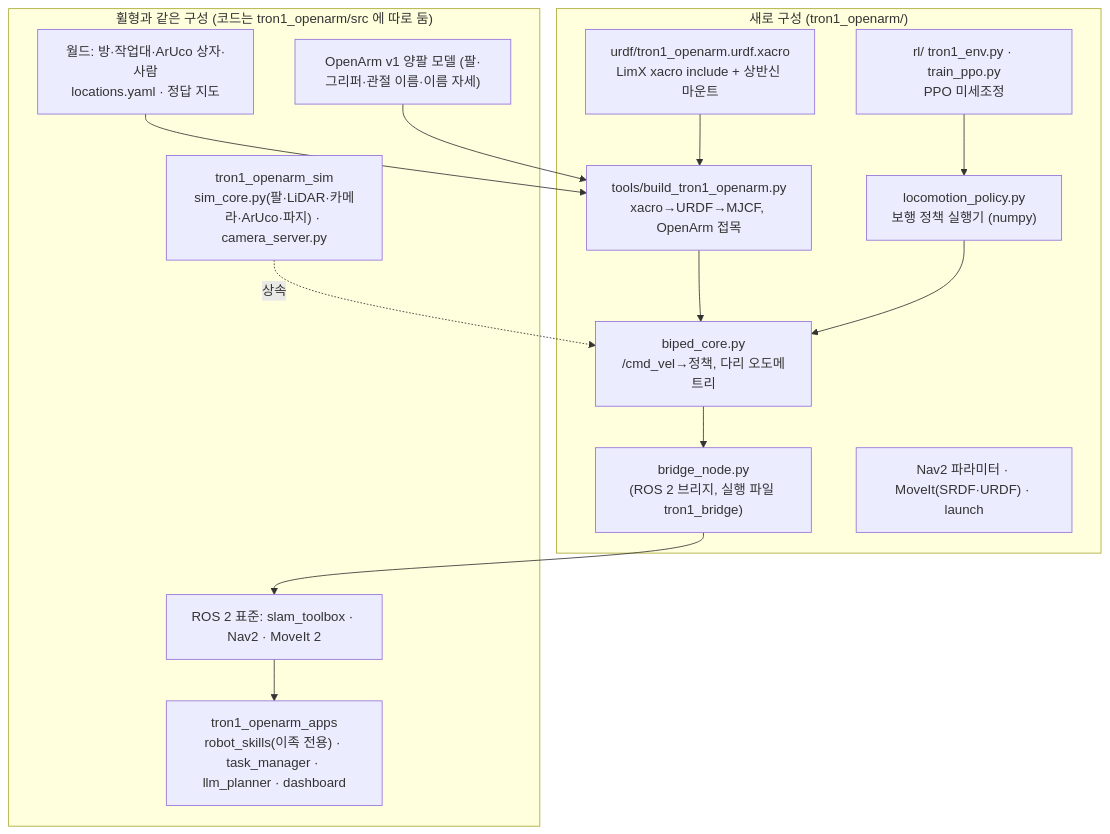
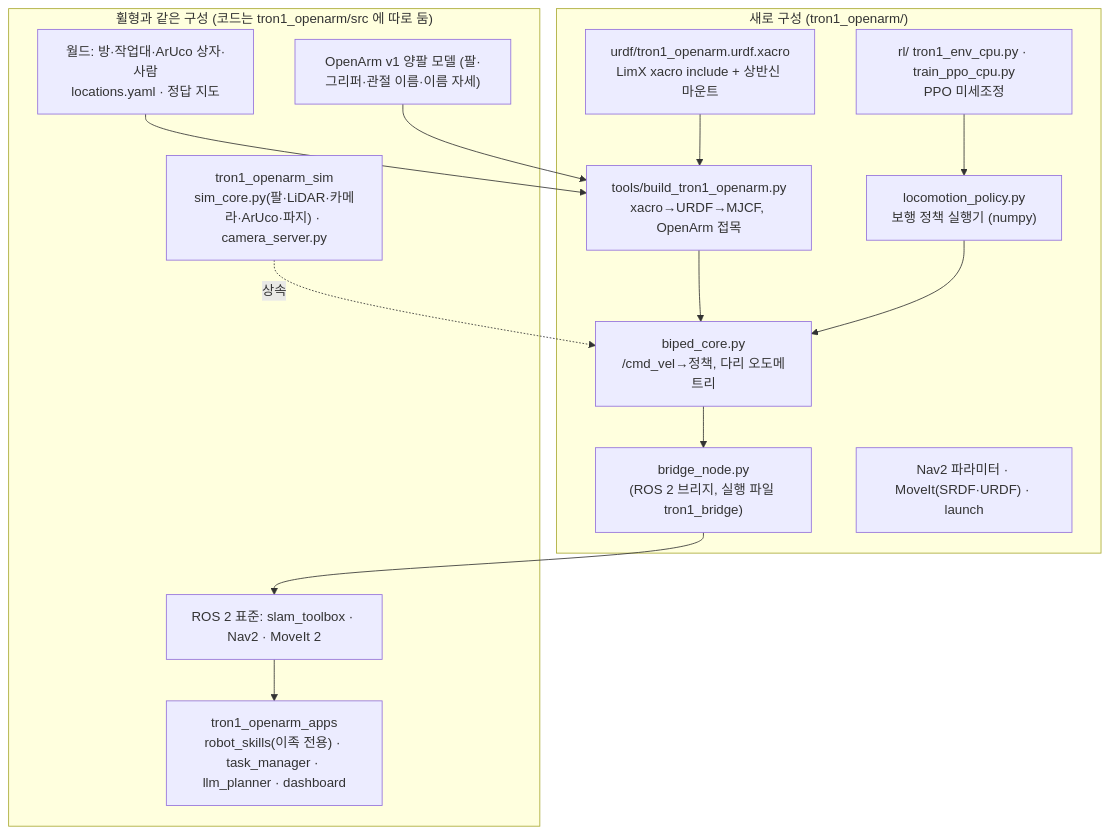
Before and after one commit to aha645/openarms_llm_ex: the diagram in doc/tron1/design.md, drawn with Mermaid. The commit also changed other lines of this file and 62 other files, not shown here.

First line of the commit message:
설치 문서 정리, 로봇별 env.sh, TRON1 PPO 학습을 CPU·GPU 같은 보상(v3)으로 통일

````diff
--- a/doc/tron1/design.md
+++ b/doc/tron1/design.md
@@ -28,26 +28,26 @@
 ```mermaid
 flowchart TB
   subgraph SAME["휠형과 같은 구성 (코드는 tron1_openarm/src 에 따로 둠)"]
     APPS["tron1_openarm_apps<br/>robot_skills(이족 전용) · task_manager · llm_planner · dashboard"]
     WBR["tron1_openarm_sim<br/>sim_core.py(팔·LiDAR·카메라·ArUco·파지) · camera_server.py"]
     WORLD["월드: 방·작업대·ArUco 상자·사람<br/>locations.yaml · 정답 지도"]
     ROS["ROS 2 표준: slam_toolbox · Nav2 · MoveIt 2"]
     OA["OpenArm v1 양팔 모델 (팔·그리퍼·관절 이름·이름 자세)"]
   end
   subgraph NEW["새로 구성 (tron1_openarm/)"]
     X["urdf/tron1_openarm.urdf.xacro<br/>LimX xacro include + 상반신 마운트"]
     B["tools/build_tron1_openarm.py<br/>xacro→URDF→MJCF, OpenArm 접목"]
     P["locomotion_policy.py<br/>보행 정책 실행기 (numpy)"]
     C["biped_core.py<br/>/cmd_vel→정책, 다리 오도메트리"]
     BR["bridge_node.py<br/>(ROS 2 브리지, 실행 파일 tron1_bridge)"]
-    RL["rl/ tron1_env.py · train_ppo.py<br/>PPO 미세조정"]
+    RL["rl/ tron1_env_cpu.py · train_ppo_cpu.py<br/>PPO 미세조정"]
     CFG["Nav2 파라미터 · MoveIt(SRDF·URDF) · launch"]
   end
   X --> B --> C
   RL --> P --> C --> BR
   BR --> ROS
   WBR -. 상속 .-> C
   ROS --> APPS
   OA --> B
   WORLD --> B
 ```
````
